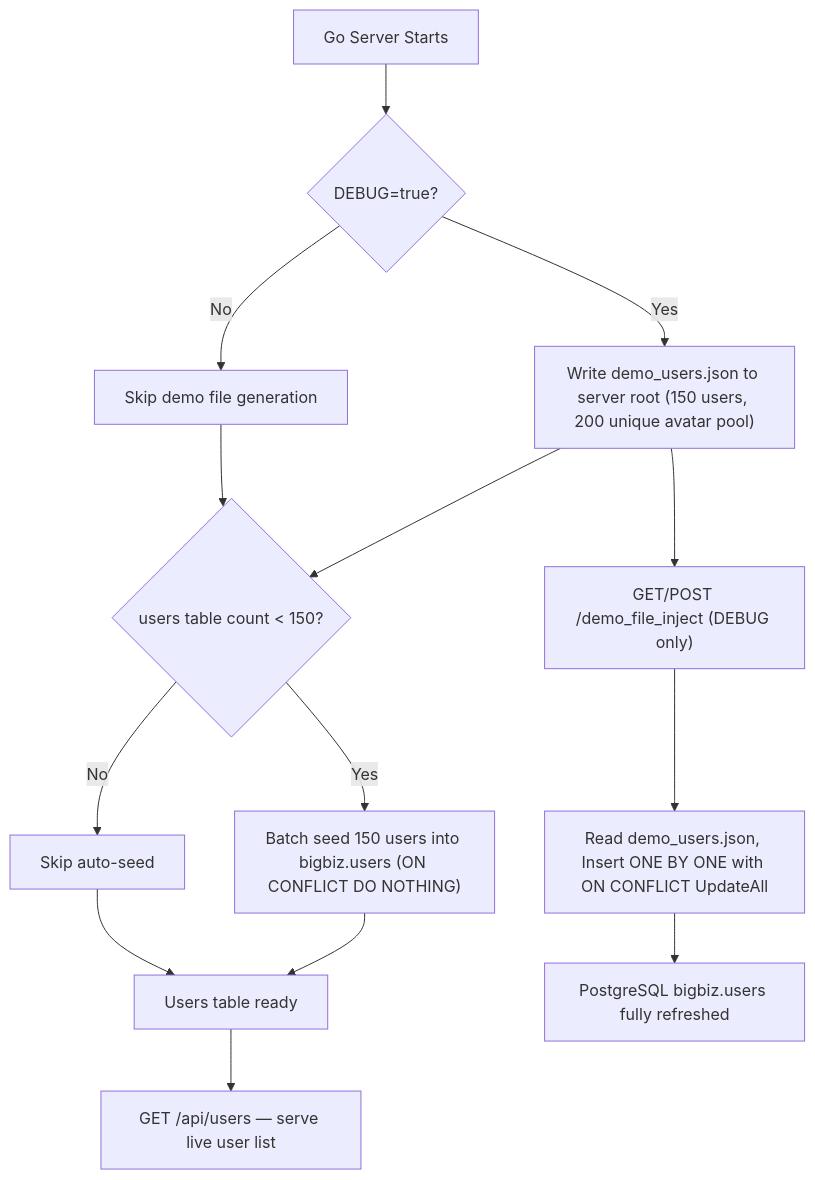
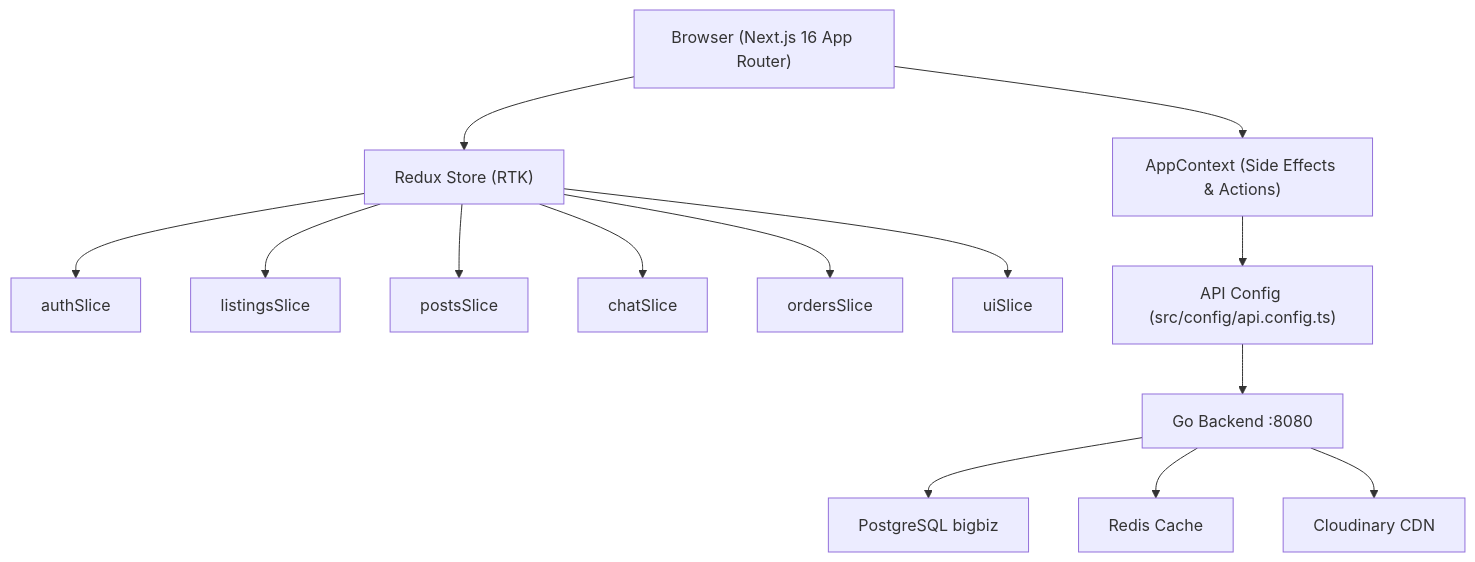
The diagram in DEVELOPMENT.md (asraful562x-hash/bigbiz_client), drawn with Mermaid before and after one commit. The commit also changed other lines of this file and 675 other files, not shown here.

````diff
--- a/DEVELOPMENT.md
+++ b/DEVELOPMENT.md
@@ -26,16 +22,16 @@
 ```mermaid
 graph TD
-    A[Go Server Starts] --> B{DEBUG=true?}
-    B -- Yes --> C["Write demo_users.json to server root (150 users, 200 unique avatar pool)"]
-    B -- No --> D[Skip demo file generation]
-    C --> E{users table count < 150?}
-    D --> E
-    E -- Yes --> F["Batch seed 150 users into bigbiz.users (ON CONFLICT DO NOTHING)"]
-    E -- No --> G[Skip auto-seed]
-    F --> H[Users table ready]
-    G --> H
-    H --> I["GET /api/users — serve live user list"]
-    C --> J["GET/POST /demo_file_inject (DEBUG only)"]
-    J --> K["Read demo_users.json, Insert ONE BY ONE with ON CONFLICT UpdateAll"]
-    K --> L[PostgreSQL bigbiz.users fully refreshed]
+    A["Browser (Next.js 16 App Router)"] --> B["Redux Store (RTK)"]
+    B --> C["authSlice"]
+    B --> D["listingsSlice"]
+    B --> E["postsSlice"]
+    B --> F["chatSlice"]
+    B --> G["ordersSlice"]
+    B --> H["uiSlice"]
+    A --> I["AppContext (Side Effects & Actions)"]
+    I --> J["API Config (src/config/api.config.ts)"]
+    J --> K["Go Backend :8080"]
+    K --> L["PostgreSQL bigbiz"]
+    K --> M["Redis Cache"]
+    K --> N["Cloudinary CDN"]
 ```
````
